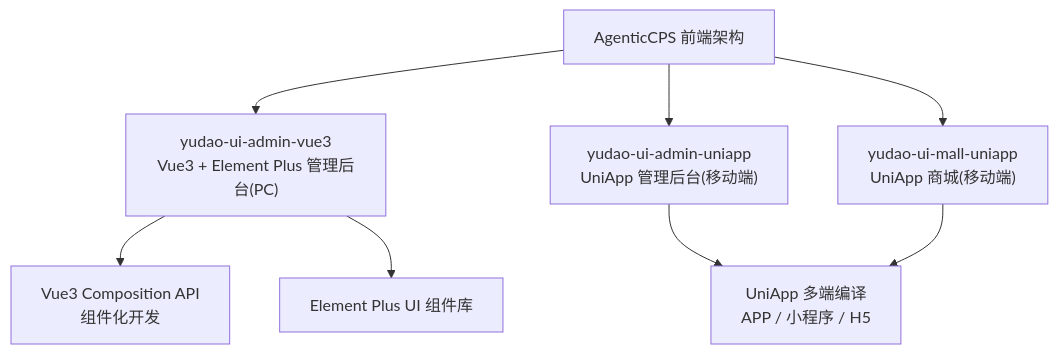
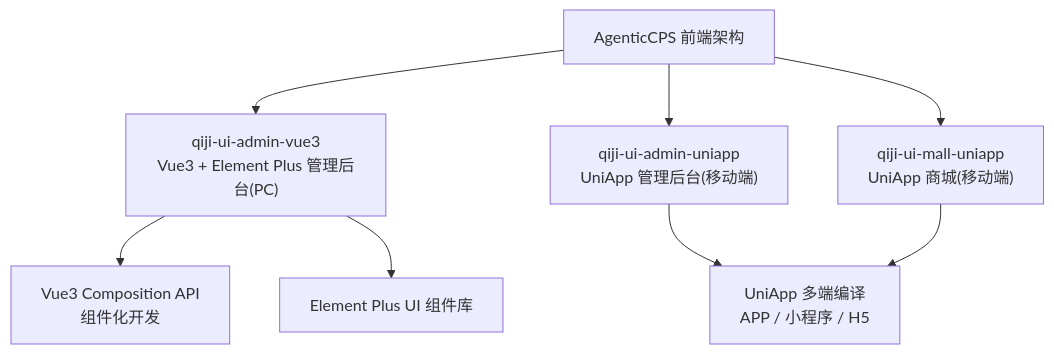
Before and after one commit to zhuangpengLI/AgenticCPS: the first of 5 diagrams in backend/.qoder/repowiki/zh/content/前端架构设计/前端架构设计.md, drawn with Mermaid. The commit also changed other lines of this file and 3489 other files, not shown here.

````diff
--- a/backend/.qoder/repowiki/zh/content/前端架构设计/前端架构设计.md
+++ b/backend/.qoder/repowiki/zh/content/前端架构设计/前端架构设计.md
@@ -34,10 +34,10 @@
 ```mermaid
 graph TB
-A["AgenticCPS 前端架构"] --> B["yudao-ui-admin-vue3<br/>Vue3 + Element Plus 管理后台(PC)"]
-A --> C["yudao-ui-admin-uniapp<br/>UniApp 管理后台(移动端)"]
-A --> D["yudao-ui-mall-uniapp<br/>UniApp 商城(移动端)"]
+A["AgenticCPS 前端架构"] --> B["qiji-ui-admin-vue3<br/>Vue3 + Element Plus 管理后台(PC)"]
+A --> C["qiji-ui-admin-uniapp<br/>UniApp 管理后台(移动端)"]
+A --> D["qiji-ui-mall-uniapp<br/>UniApp 商城(移动端)"]
 B --> E["Vue3 Composition API<br/>组件化开发"]
 B --> F["Element Plus UI 组件库"]
 C --> G["UniApp 多端编译<br/>APP / 小程序 / H5"]
 D --> G
 ```
````
